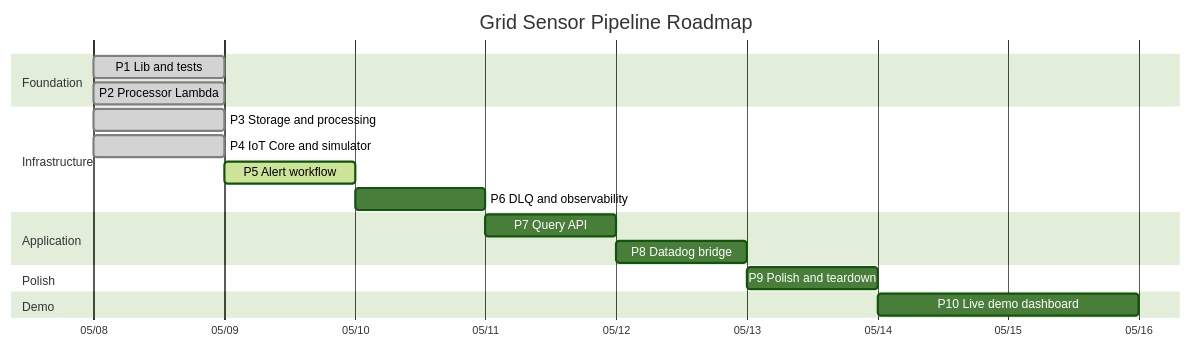
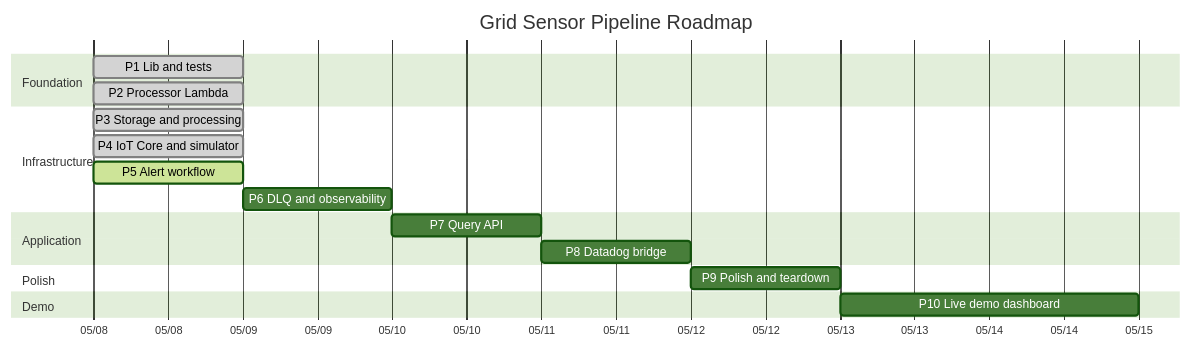
Before and after one commit to amusto/Grid-Sensor-Pipeline: the diagram in ROADMAP.md, drawn with Mermaid (forest theme). The commit also changed other lines of this file and 12 other files, not shown here.

````diff
--- a/ROADMAP.md
+++ b/ROADMAP.md
@@ -63,21 +64,21 @@
 ```mermaid
 gantt
     title Grid Sensor Pipeline Roadmap
     dateFormat YYYY-MM-DD
     axisFormat %m/%d
     section Foundation
     P1 Lib and tests              :done,   p1, 2026-05-08, 1d
     P2 Processor Lambda           :done,   p2, 2026-05-08, 1d
     section Infrastructure
     P3 Storage and processing     :done,   p3, 2026-05-08, 1d
     P4 IoT Core and simulator     :done,   p4, 2026-05-08, 1d
-    P5 Alert workflow             :active, p5, after p4, 1d
+    P5 Alert workflow             :active, p5, 2026-05-08, 1d
     P6 DLQ and observability      :        p6, after p5, 1d
     section Application
     P7 Query API                  :        p7, after p6, 1d
     P8 Datadog bridge             :        p8, after p7, 1d
     section Polish
     P9 Polish and teardown        :        p9, after p8, 1d
     section Demo
     P10 Live demo dashboard       :        p10, after p9, 2d
 ```
````
